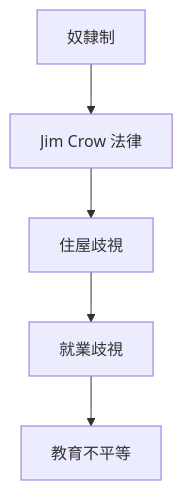
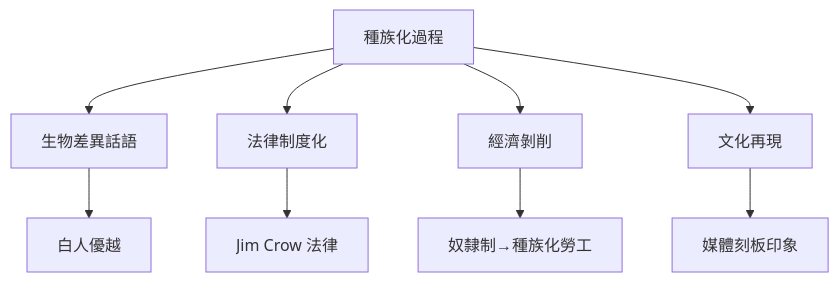
One commit to yip-lgtm/HKU-Harvard-History-Self-Study changed the second of 2 diagrams in 01_HKU_Courses/HIST2161_Making_Race.md. Above: the diagram before and after it, drawn with Mermaid. The commit also changed other lines of this file and 15 other files, not shown here.

````diff
--- a/01_HKU_Courses/HIST2161_Making_Race.md
+++ b/01_HKU_Courses/HIST2161_Making_Race.md
@@ -123,7 +119,11 @@
 ```mermaid
-flowchart TD
-    A[奴隸制] --> B[Jim Crow 法律]
-    B --> C[住屋歧視]
-    C --> D[就業歧視]
-    D --> E[教育不平等]
+graph TD
+    A["種族化過程"] --> B["生物差異話語"]
+    A --> C["法律制度化"]
+    A --> D["經濟剝削"]
+    A --> E["文化再現"]
+    B --> F["白人優越"]
+    C --> G["Jim Crow 法律"]
+    D --> H["奴隸制→種族化勞工"]
+    E --> I["媒體刻板印象"]
 ```
````
